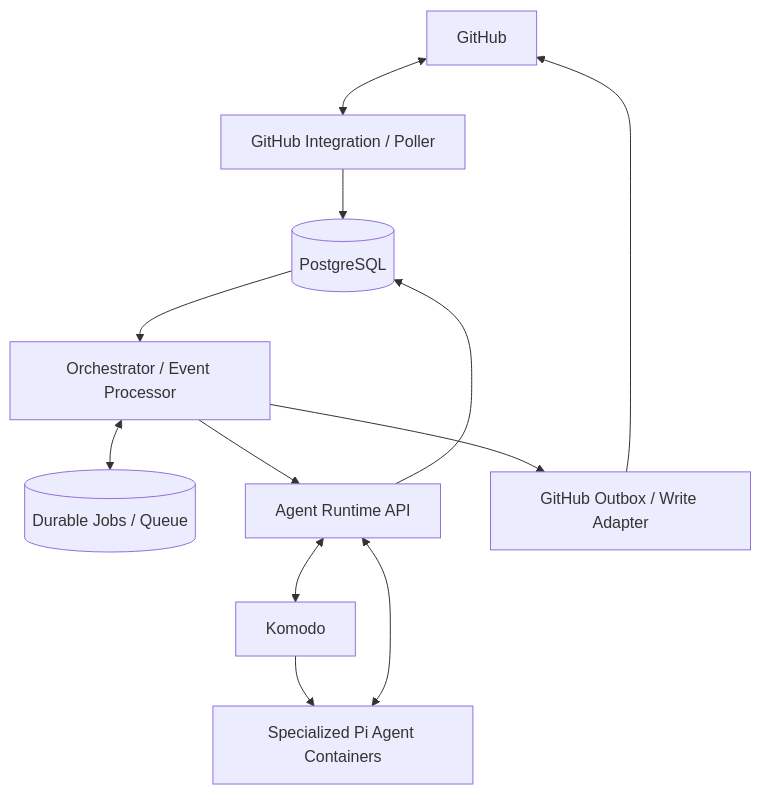
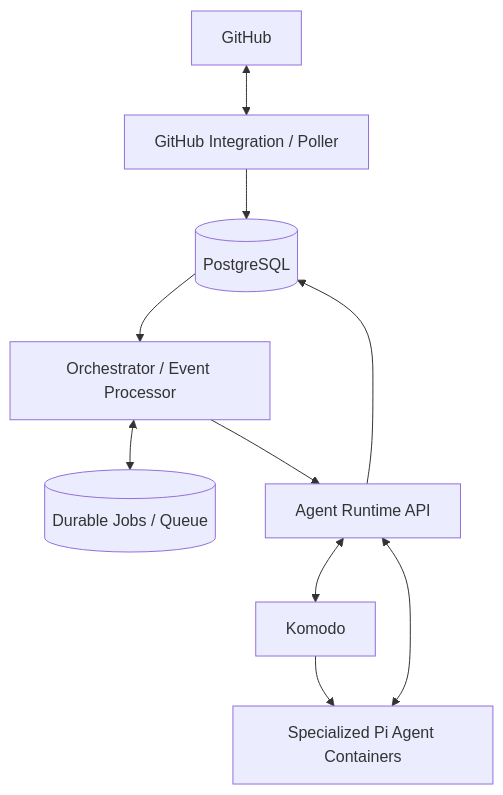
One commit to aliaksandrZh/ai-worker-01 changed the first of 2 diagrams in pi-agent-architecture/01-architecture-and-flows.md. Above: the diagram before and after it, drawn with Mermaid. The commit also changed other lines of this file and 1 other file, not shown here.

````diff
--- a/pi-agent-architecture/01-architecture-and-flows.md
+++ b/pi-agent-architecture/01-architecture-and-flows.md
@@ -13,14 +13,12 @@
 ```mermaid
 flowchart TD
     GH[GitHub] <--> GI[GitHub Integration / Poller]
     GI --> DB[(PostgreSQL)]
     DB --> OP[Orchestrator / Event Processor]
     OP <--> Q[(Durable Jobs / Queue)]
     OP --> RA[Agent Runtime API]
     RA <--> K[Komodo]
     K --> C[Specialized Pi Agent Containers]
     C <--> RA
     RA --> DB
-    OP --> OUT[GitHub Outbox / Write Adapter]
-    OUT --> GH
 ```
````
